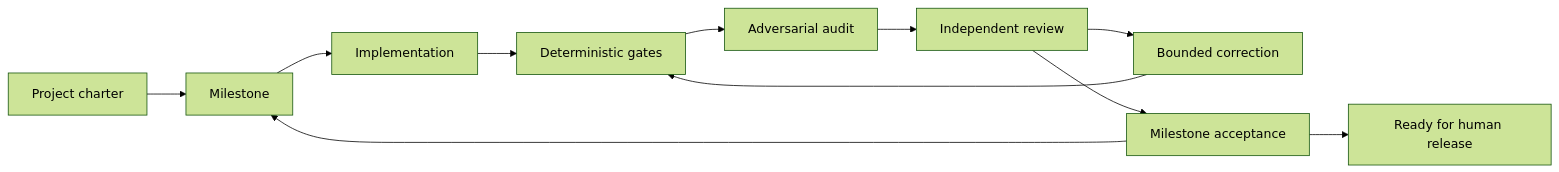
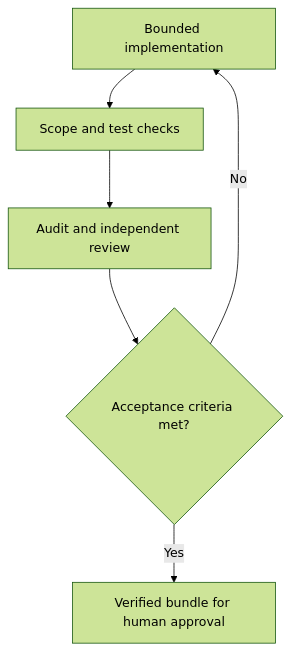
One commit to rsolerortuno/rsolerortuno.github.io changed the diagram in projects/dev-autopilot.qmd. Above: the diagram before and after it, drawn with Mermaid (forest theme). The commit also changed other lines of this file and 4 other files, not shown here.

````diff
--- a/projects/dev-autopilot.qmd
+++ b/projects/dev-autopilot.qmd
@@ -23,13 +25,8 @@
 ```{mermaid}
-flowchart LR
-    A[Project charter] --> B[Milestone]
-    B --> C[Implementation]
-    C --> D[Deterministic gates]
-    D --> E[Adversarial audit]
-    E --> F[Independent review]
-    F --> G[Bounded correction]
-    G --> D
-    F --> H[Milestone acceptance]
-    H --> B
-    H --> I[Ready for human release]
+flowchart TD
+    A[Bounded implementation] --> B[Scope and test checks]
+    B --> C[Audit and independent review]
+    C --> D{Acceptance criteria met?}
+    D -->|No| A
+    D -->|Yes| E[Verified bundle for human approval]
 ```
````
